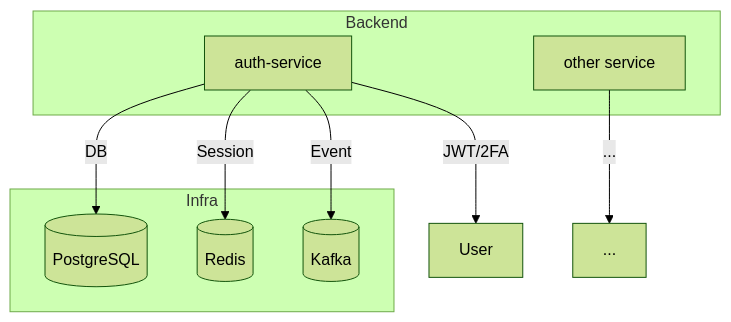
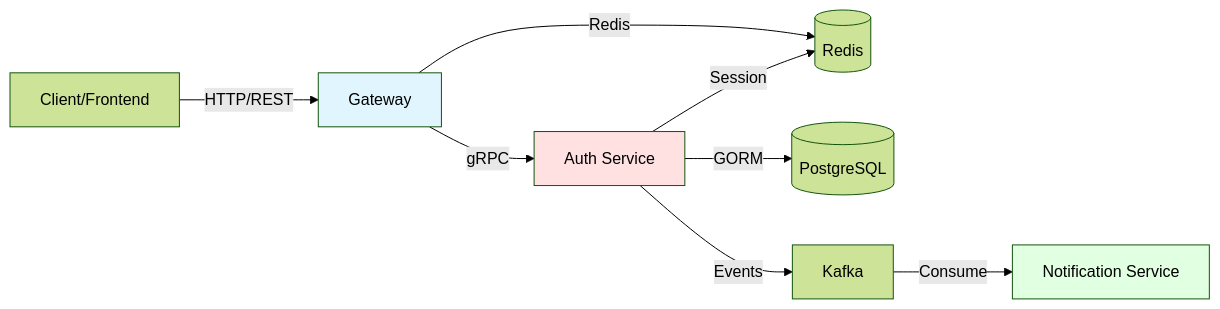
Before and after one commit to VanTruongNg/music-player: the second of 3 diagrams in README.md, drawn with Mermaid (forest theme). The commit also changed other lines of this file, not shown here.

````diff
--- a/README.md
+++ b/README.md
@@ -49,17 +357,14 @@
 ```mermaid
-flowchart TD
-    subgraph Backend
-        A[auth-service]
-        B[other service]
-    end
-    subgraph Infra
-        DB[(PostgreSQL)]
-        REDIS[(Redis)]
-        KAFKA[(Kafka)]
-    end
-    A-->|JWT/2FA|User
-    A-->|DB|DB
-    A-->|Session|REDIS
-    A-->|Event|KAFKA
-    B-->|...|...
+graph LR
+    Client[Client/Frontend] -->|HTTP/REST| Gateway
+    Gateway -->|gRPC| AuthService[Auth Service]
+    Gateway -->|Redis| Cache[(Redis)]
+    AuthService -->|GORM| DB[(PostgreSQL)]
+    AuthService -->|Session| Cache
+    AuthService -->|Events| Kafka[Kafka]
+    Kafka -->|Consume| NotificationService[Notification Service]
+
+    style Gateway fill:#e1f5ff
+    style AuthService fill:#ffe1e1
+    style NotificationService fill:#e1ffe1
 ```
````
